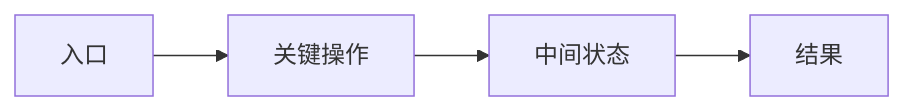
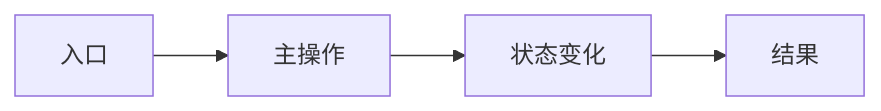
The diagram in skills/coding/change-spec-planner/assets/templates/standard.md (sltc-dev/core-foundry), drawn with Mermaid before and after one commit. The commit also changed other lines of this file and 7 other files, not shown here.

````diff
--- a/skills/coding/change-spec-planner/assets/templates/standard.md
+++ b/skills/coding/change-spec-planner/assets/templates/standard.md
@@ -23,6 +23,6 @@
 ```mermaid
 flowchart LR
-    A["入口"] --> B["关键操作"]
-    B --> C["中间状态"]
+    A["入口"] --> B["主操作"]
+    B --> C["状态变化"]
     C --> D["结果"]
 ```
````
